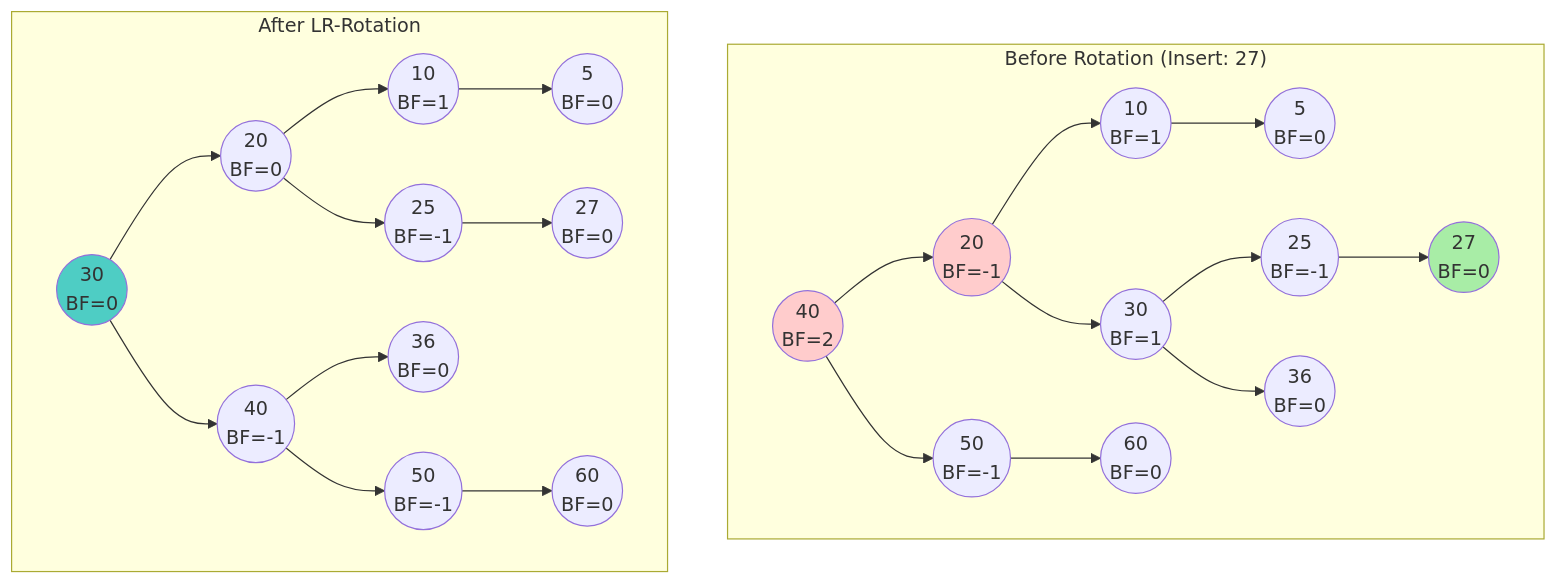
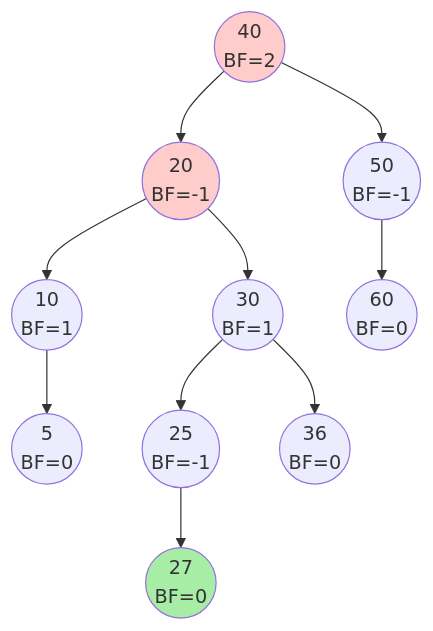
Diagram 12 of 13 in tree/17_avl_trees.md (ARYAN-KUMAR-22/dsa), drawn with Mermaid before and after one commit. The commit also changed other lines of this file, not shown here.

````diff
--- a/tree/17_avl_trees.md
+++ b/tree/17_avl_trees.md
@@ -429,34 +436,16 @@
 ```mermaid
 graph TD
-    subgraph Before_Rotation_27 ["Before Rotation (Insert: 27)"]
-        40((40<br>BF=2)) --> 20((20<br>BF=-1))
-        40 --> 50((50<br>BF=-1))
-        20 --> 10((10<br>BF=1))
-        20 --> 30((30<br>BF=1))
-        10 --> 5((5<br>BF=0))
-        30 --> 25((25<br>BF=-1))
-        30 --> 36((36<br>BF=0))
-        25 --> 27((27<br>BF=0))
-        50 --> 60((60<br>BF=0))
-        
-        style 40 fill:#ffcccc
-        style 20 fill:#ffcccc
-        style 27 fill:#a8eda6
-    end
+    40((40<br>BF=2)) --> 20((20<br>BF=-1))
+    40 --> 50((50<br>BF=-1))
+    20 --> 10((10<br>BF=1))
+    20 --> 30((30<br>BF=1))
+    10 --> 5((5<br>BF=0))
+    30 --> 25((25<br>BF=-1))
+    30 --> 36((36<br>BF=0))
+    25 --> 27((27<br>BF=0))
+    50 --> 60((60<br>BF=0))
     
-    subgraph After_LR_Rotation ["After LR-Rotation"]
-        30_new((30<br>BF=0)) --> 20_new((20<br>BF=0))
-        30_new --> 40_new((40<br>BF=-1))
-        
-        20_new --> 10_new((10<br>BF=1))
-        20_new --> 25_new((25<br>BF=-1))
-        10_new --> 5_new((5<br>BF=0))
-        25_new --> 27_new((27<br>BF=0))
-        
-        40_new --> 36_new((36<br>BF=0))
-        40_new --> 50_new((50<br>BF=-1))
-        50_new --> 60_new((60<br>BF=0))
-        
-        style 30_new fill:#4ecdc4
-    end
+    style 40 fill:#ffcccc
+    style 20 fill:#ffcccc
+    style 27 fill:#a8eda6
 ```
````
